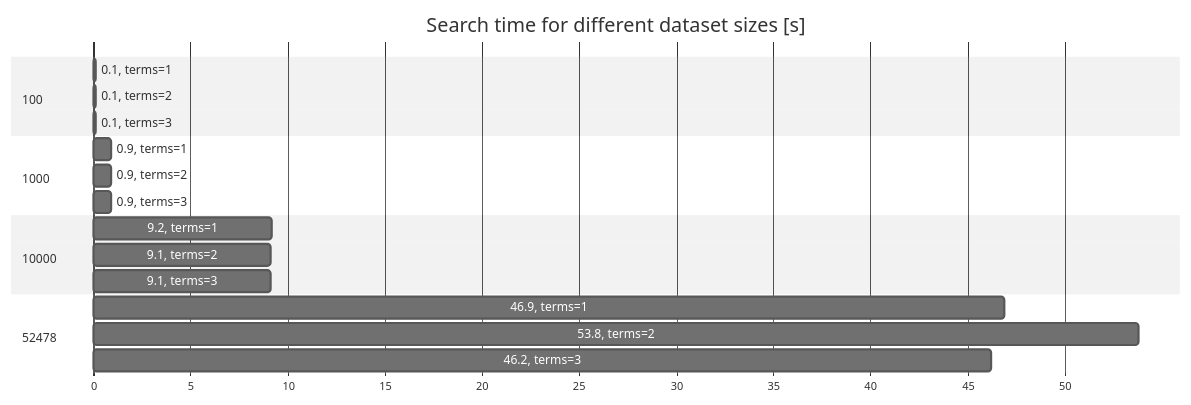
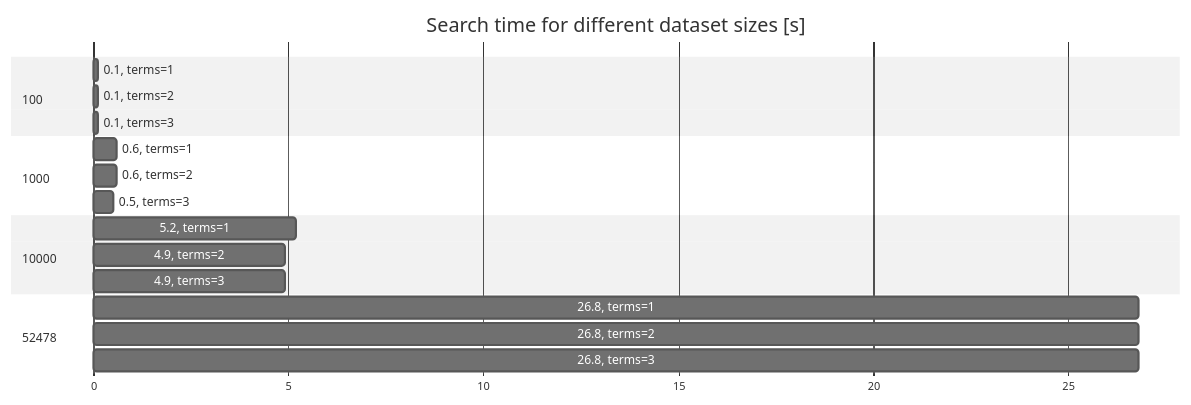
The diagram in README.md (dmarsic/tinysearch), drawn with Mermaid (neutral theme) before and after one commit. The commit also changed 2 other files, not shown here.

Commit message:
fix: improve performance in analyzer

````diff
--- a/README.md
+++ b/README.md
@@ -105,26 +105,26 @@
 ```mermaid
 gantt
 title Search time for different dataset sizes [s]
 dateFormat X
 axisFormat %s
 
 section 100
 0.1, terms=1 : 0, 0.1s
 0.1, terms=2 : 0, 0.1s
 0.1, terms=3 : 0, 0.1s
 
 section 1000
-0.9, terms=1 : 0, 0.9s
-0.9, terms=2 : 0, 0.9s
-0.9, terms=3 : 0, 0.9s
+0.6, terms=1 : 0, 0.6s
+0.6, terms=2 : 0, 0.6s
+0.5, terms=3 : 0, 0.5s
 
 section 10000
-9.2, terms=1 : 0, 9.2s
-9.1, terms=2 : 0, 9.1s
-9.1, terms=3 : 0, 9.1s
+5.2, terms=1 : 0, 5.2s
+4.9, terms=2 : 0, 4.9s
+4.9, terms=3 : 0, 4.9s
 
 section 52478
-46.9, terms=1 : 0, 46.9s
-53.8, terms=2 : 0, 53.8s
-46.2, terms=3 : 0, 46.2s
+26.8, terms=1 : 0, 26.8s
+26.8, terms=2 : 0, 26.8s
+26.8, terms=3 : 0, 26.8s
 ```
````
